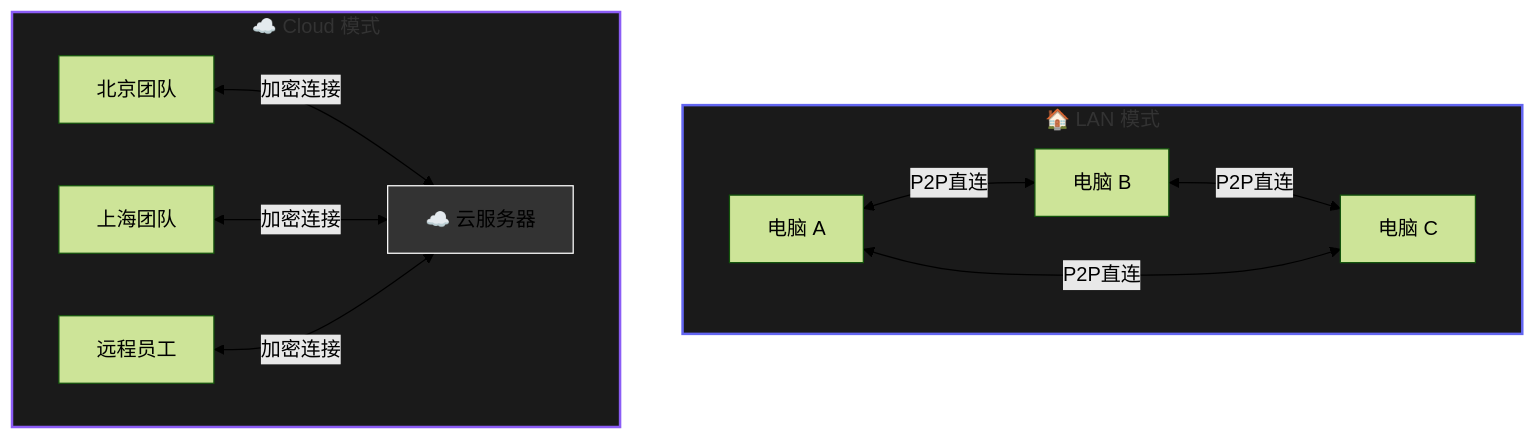
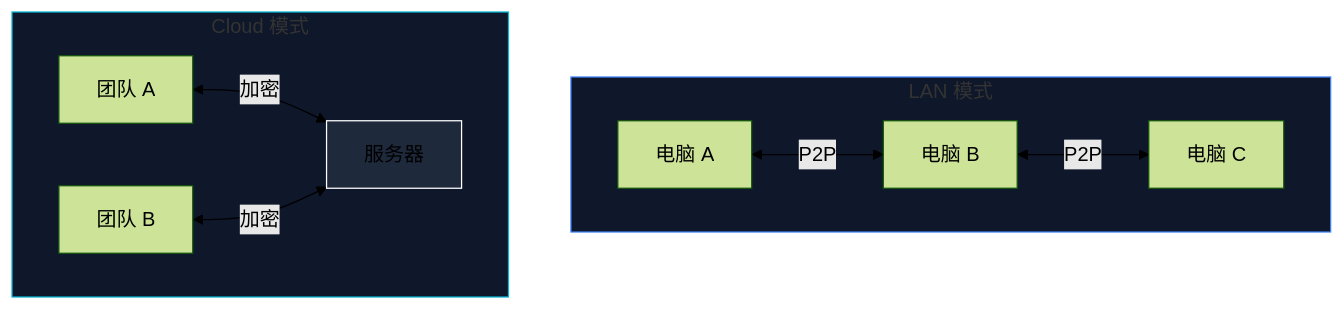
The diagram in docs/product/PRODUCT_INTRO.md (jsjm1986/AGIME), drawn with Mermaid (forest theme) before and after one commit. The commit also changed other lines of this file and 3 other files, not shown here.

```diff
--- a/docs/product/PRODUCT_INTRO.md
+++ b/docs/product/PRODUCT_INTRO.md
@@ -179,19 +51,15 @@
 <div class="mermaid">
 graph TD
-    subgraph LAN[🏠 LAN 模式]
-        A1[电脑 A] <-->|P2P直连| A2[电脑 B]
-        A2 <-->|P2P直连| A3[电脑 C]
-        A1 <-->|P2P直连| A3
-        style LAN fill:#1a1a1a,stroke:#6366F1,stroke-width:2px
+    subgraph LAN[LAN 模式]
+        A1[电脑 A] <-->|P2P| A2[电脑 B]
+        A2 <-->|P2P| A3[电脑 C]
+        style LAN fill:#0f172a,stroke:#3b82f6,stroke-width:1px
     end
-
-    subgraph CLOUD[☁️ Cloud 模式]
-        S[☁️ 云服务器]
-        B1[北京团队] <-->|加密连接| S
-        B2[上海团队] <-->|加密连接| S
-        B3[远程员工] <-->|加密连接| S
-        style CLOUD fill:#1a1a1a,stroke:#8B5CF6,stroke-width:2px
+    subgraph CLOUD[Cloud 模式]
+        S[服务器]
+        B1[团队 A] <-->|加密| S
+        B2[团队 B] <-->|加密| S
+        style CLOUD fill:#0f172a,stroke:#06b6d4,stroke-width:1px
     end
-    
-    style S fill:#333,stroke:#fff
+    style S fill:#1e293b,stroke:#fff
 </div>
```
